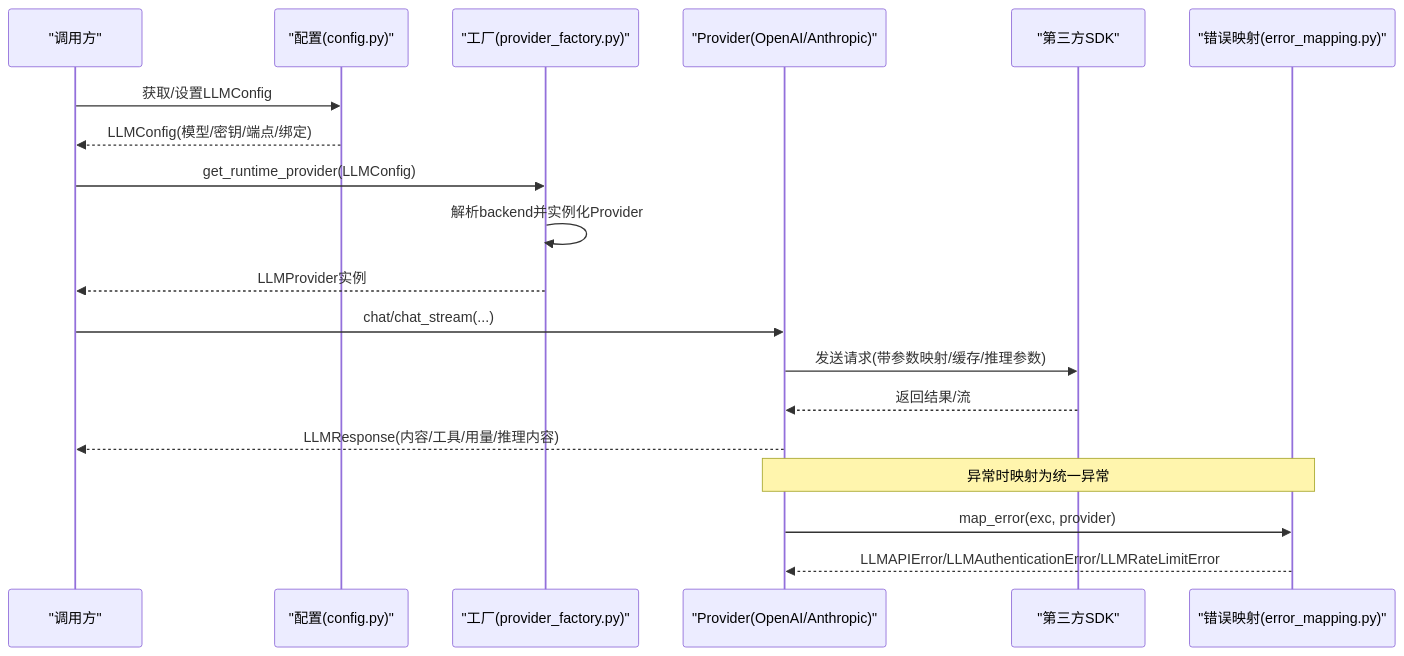
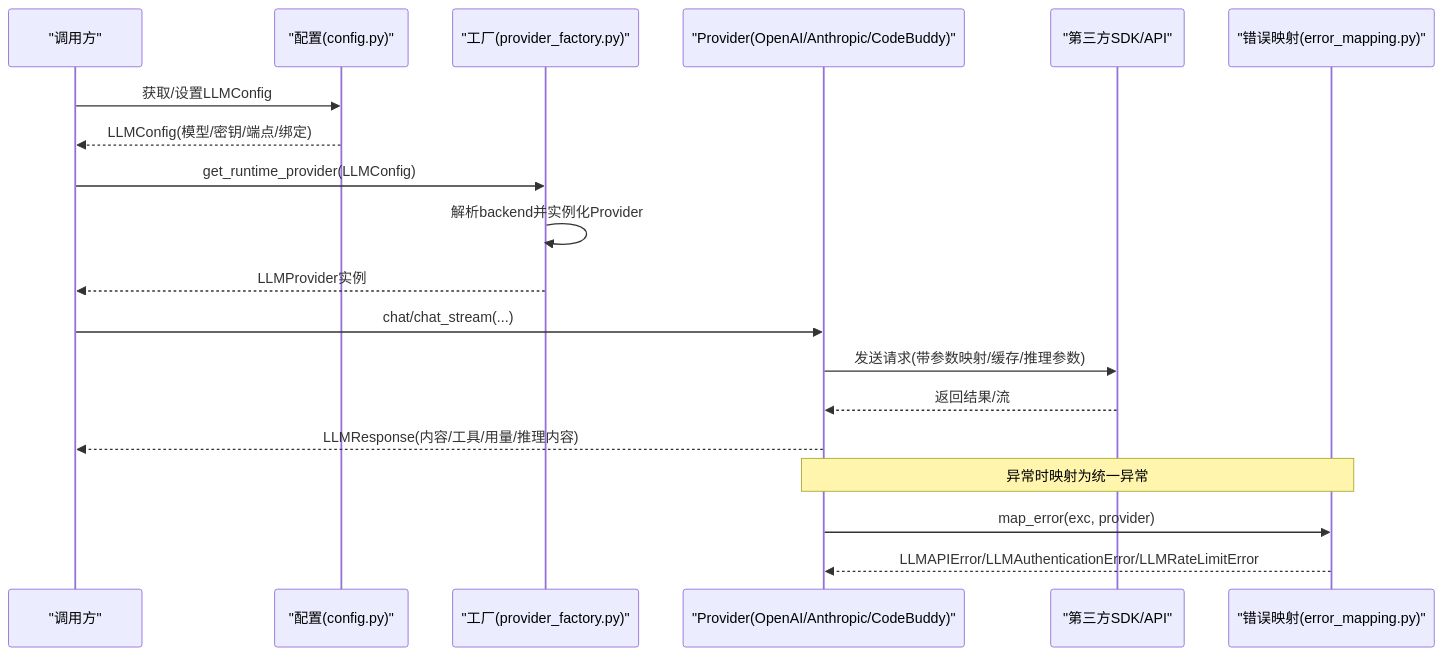
Before and after one commit to gongzili456/DeepTutor: the second of 8 diagrams in .qoder/repowiki/zh/content/配置管理/模型目录配置/模型提供商支持/模型提供商支持.md, drawn with Mermaid. The commit also changed other lines of this file and 289 other files, not shown here.

````diff
--- a/.qoder/repowiki/zh/content/配置管理/模型目录配置/模型提供商支持/模型提供商支持.md
+++ b/.qoder/repowiki/zh/content/配置管理/模型目录配置/模型提供商支持/模型提供商支持.md
@@ -101,21 +128,21 @@
 ```mermaid
 sequenceDiagram
 participant U as "调用方"
 participant CFG as "配置(config.py)"
 participant PF as "工厂(provider_factory.py)"
-participant P as "Provider(OpenAI/Anthropic)"
-participant SDK as "第三方SDK"
+participant P as "Provider(OpenAI/Anthropic/CodeBuddy)"
+participant SDK as "第三方SDK/API"
 participant EM as "错误映射(error_mapping.py)"
 U->>CFG : 获取/设置LLMConfig
 CFG-->>U : LLMConfig(模型/密钥/端点/绑定)
 U->>PF : get_runtime_provider(LLMConfig)
 PF->>PF : 解析backend并实例化Provider
 PF-->>U : LLMProvider实例
 U->>P : chat/chat_stream(...)
 P->>SDK : 发送请求(带参数映射/缓存/推理参数)
 SDK-->>P : 返回结果/流
 P-->>U : LLMResponse(内容/工具/用量/推理内容)
 Note over P,EM : 异常时映射为统一异常
 P->>EM : map_error(exc, provider)
 EM-->>P : LLMAPIError/LLMAuthenticationError/LLMRateLimitError
 ```
````
